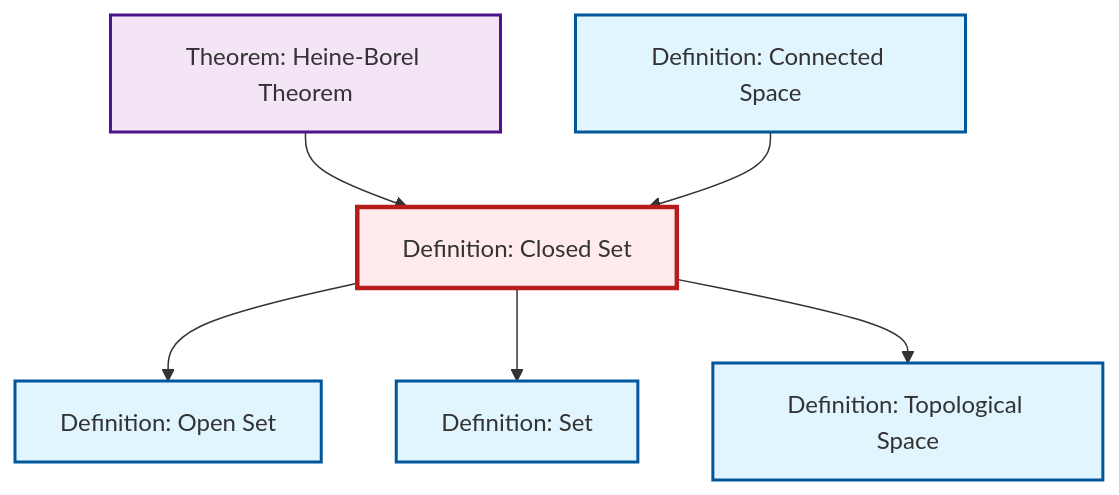
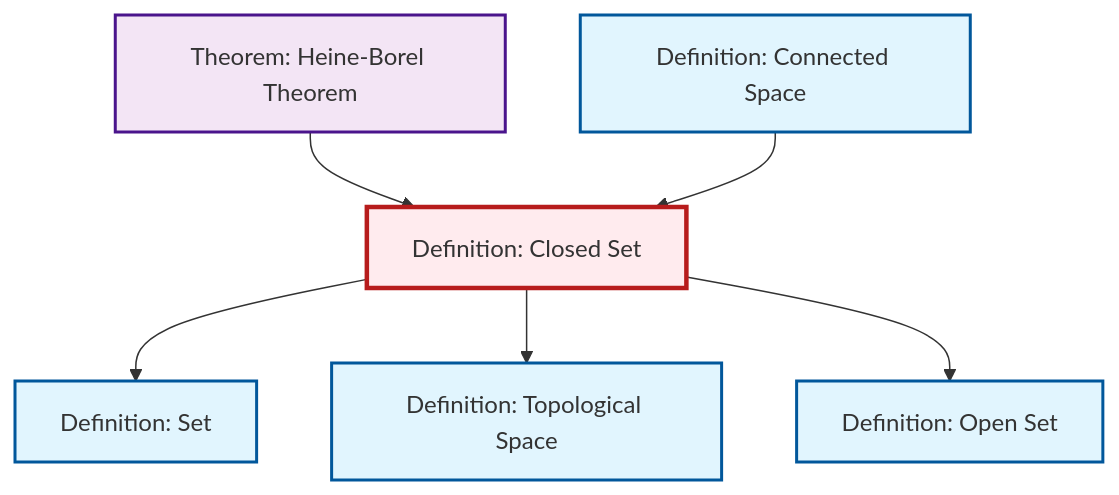
The diagram in content/en/topology/def-closed-set.qmd (RK0429/ModernMath), drawn with Mermaid before and after one commit. The commit also changed other lines of this file and 619 other files, not shown here.

````diff
--- a/content/en/topology/def-closed-set.qmd
+++ b/content/en/topology/def-closed-set.qmd
@@ -44,26 +44,26 @@
 ```{mermaid}
 %%| fig-cap: "Local dependency graph"
 graph TD
     classDef definition fill:#e1f5fe,stroke:#01579b,stroke-width:2px
     classDef theorem fill:#f3e5f5,stroke:#4a148c,stroke-width:2px
     classDef axiom fill:#fff3e0,stroke:#e65100,stroke-width:2px
     classDef example fill:#e8f5e9,stroke:#1b5e20,stroke-width:2px
     classDef current fill:#ffebee,stroke:#b71c1c,stroke-width:3px
+    def-open-set["Definition: Open Set"]:::definition
+    def-set["Definition: Set"]:::definition
+    def-connected["Definition: Connected Space"]:::definition
+    def-topological-space["Definition: Topological Space"]:::definition
     def-closed-set["Definition: Closed Set"]:::definition
     thm-heine-borel["Theorem: Heine-Borel Theorem"]:::theorem
-    def-set["Definition: Set"]:::definition
-    def-topological-space["Definition: Topological Space"]:::definition
-    def-connected["Definition: Connected Space"]:::definition
-    def-open-set["Definition: Open Set"]:::definition
+    def-closed-set --> def-set
     thm-heine-borel --> def-closed-set
+    def-closed-set --> def-topological-space
     def-closed-set --> def-open-set
     def-connected --> def-closed-set
-    def-closed-set --> def-set
-    def-closed-set --> def-topological-space
     class def-closed-set current
+    click def-open-set "def-open-set.html" "Go to Open Set definition"
+    click def-set "def-set.html" "Go to Set definition"
+    click def-connected "def-connected.html" "Go to Connected Space definition"
+    click def-topological-space "def-topological-space.html" "Go to Topological Space definition"
     click thm-heine-borel "thm-heine-borel.html" "Go to Heine-Borel Theorem theorem"
-    click def-set "def-set.html" "Go to Set definition"
-    click def-topological-space "def-topological-space.html" "Go to Topological Space definition"
-    click def-connected "def-connected.html" "Go to Connected Space definition"
-    click def-open-set "def-open-set.html" "Go to Open Set definition"
 ```
````
